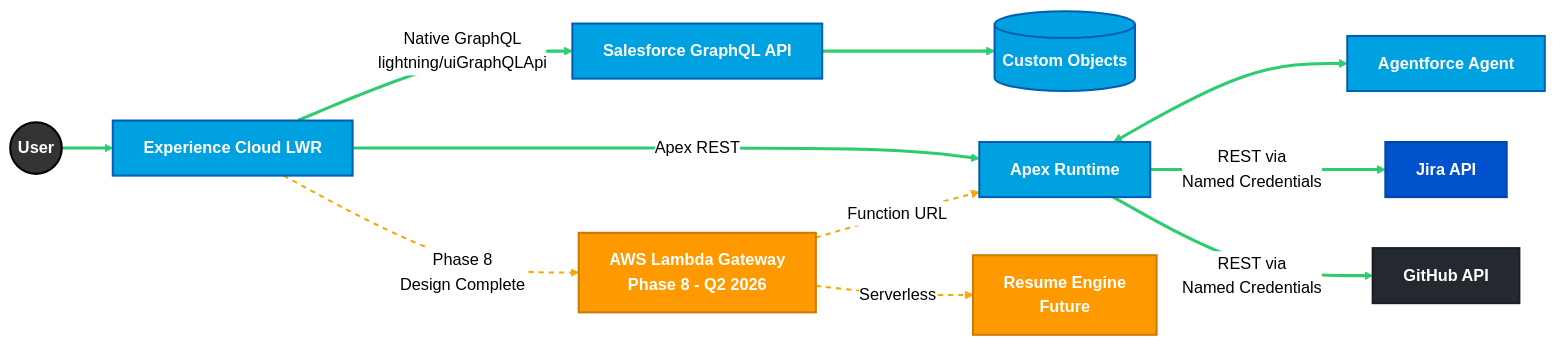
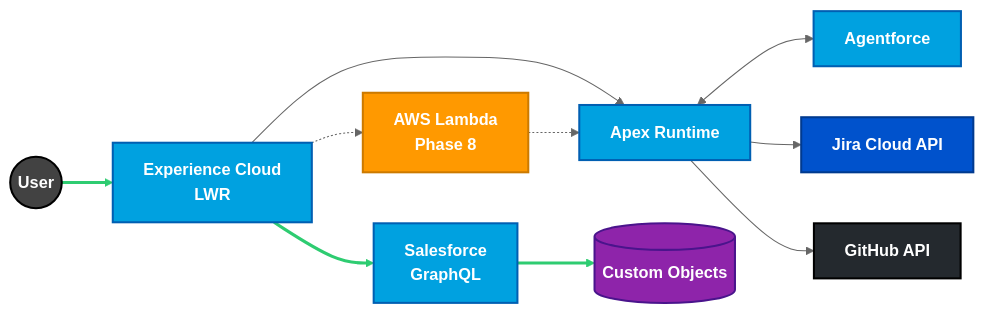
The diagram in README.md (rdbumstead/rdbumstead), drawn with Mermaid (neutral theme) before and after one commit.

Commit message:
Update mermaid diagram styles and nodes

````diff
--- a/README.md
+++ b/README.md
@@ -27,47 +27,47 @@
 ```mermaid
 graph LR
-    %% Define Styles
-    classDef sfdc fill:#00A1E0,stroke:#005FB2,stroke-width:2px,color:white,font-weight:bold;
-    classDef aws fill:#FF9900,stroke:#CC7A00,stroke-width:2px,color:white,font-weight:bold;
-    classDef jira fill:#0052CC,stroke:#0747A6,stroke-width:2px,color:white,font-weight:bold;
-    classDef github fill:#24292F,stroke:#1B1F23,stroke-width:2px,color:white,font-weight:bold;
-    classDef user fill:#333333,stroke:#000000,stroke-width:2px,color:white,font-weight:bold;
-    classDef future fill:#FFE5B4,stroke:#FFA500,stroke-width:2px,stroke-dasharray: 5 5;
+    %%{init: {'flowchart': {'nodeSpacing': 50, 'rankSpacing': 50}}}%%
+    %% ========= BRAND STYLES =========
+    classDef user fill:#424242,stroke:#000000,stroke-width:2px,color:#ffffff,font-weight:bold;
+    classDef sfdc fill:#00A1E0,stroke:#005FB2,stroke-width:2px,color:#ffffff,font-weight:bold;
+    classDef aws fill:#FF9900,stroke:#CC7A00,stroke-width:2px,color:#ffffff,font-weight:bold;
+    classDef jira fill:#0052CC,stroke:#003A8F,stroke-width:2px,color:#ffffff,font-weight:bold;
+    classDef github fill:#24292E,stroke:#000000,stroke-width:2px,color:#ffffff,font-weight:bold;
+    classDef data fill:#8E24AA,stroke:#4A148C,stroke-width:2px,color:#ffffff,font-weight:bold;
+    classDef future fill:#FFF3E0,stroke:#FB8C00,stroke-width:2px,stroke-dasharray:5 5;
 
-    %% Nodes
+    %% ========= NODES =========
     User((User))
-    LWR[Experience Cloud LWR]
-    SF_GQL[Salesforce GraphQL API]
+    LWR[Experience Cloud<br/>LWR]
+    GQL[Salesforce<br/>GraphQL]
+    Apex[Apex Runtime]
     DB[(Custom Objects)]
-    Lambda[AWS Lambda Gateway<br/>Phase 8 - Q2 2026]
-    Apex[Apex Runtime]
-    AI[Agentforce Agent]
-    Jira[Jira API]
+    AI[Agentforce]
+    Jira[Jira Cloud API]
     GitHub[GitHub API]
-    Resume[Resume Engine<br/>Future]
+    Lambda[AWS Lambda<br/>Phase 8]
 
-    %% Live MVP Connections (Solid)
+    %% ========= FLOWS =========
     User --> LWR
-    LWR -->|Native GraphQL<br/>lightning/uiGraphQLApi| SF_GQL
-    SF_GQL --> DB
-    LWR -->|Apex REST| Apex
+    LWR --> GQL
+    GQL --> DB
+    LWR --> Apex
     Apex <--> AI
-    Apex -->|REST via<br/>Named Credentials| Jira
-    Apex -->|REST via<br/>Named Credentials| GitHub
+    Apex --> Jira
+    Apex --> GitHub
 
-    %% Phase 8 Connections (Dashed)
-    LWR -.->|Phase 8<br/>Design Complete| Lambda
-    Lambda -.->|Function URL| Apex
-    Lambda -.->|Serverless| Resume
+    %% ========= FUTURE =========
+    LWR -.-> Lambda
+    Lambda -.-> Apex
 
-    %% Apply Styles
-    class LWR,SF_GQL,DB,Apex,AI sfdc;
-    class Lambda,Resume aws;
+    %% ========= APPLY STYLES =========
+    class User user;
+    class LWR,GQL,Apex,AI sfdc;
+    class DB data;
     class Jira jira;
     class GitHub github;
-    class User user;
+    class Lambda aws;
 
-    %% Link Styling
-    linkStyle 0,1,2,3,4,5,6 stroke:#2ECC71,stroke-width:3px;
-    linkStyle 7,8,9 stroke:#FFA500,stroke-width:2px,stroke-dasharray:5;
+    %% ========= CRITICAL PATH =========
+    linkStyle 0,1,2 stroke:#2ECC71,stroke-width:3px;
 ```
````
